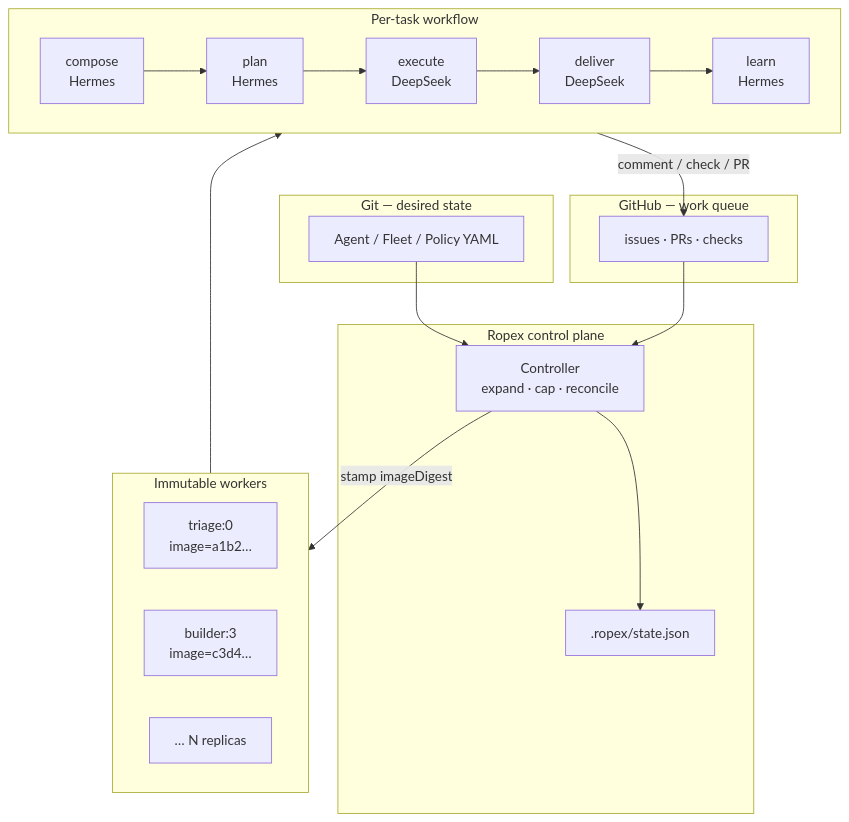
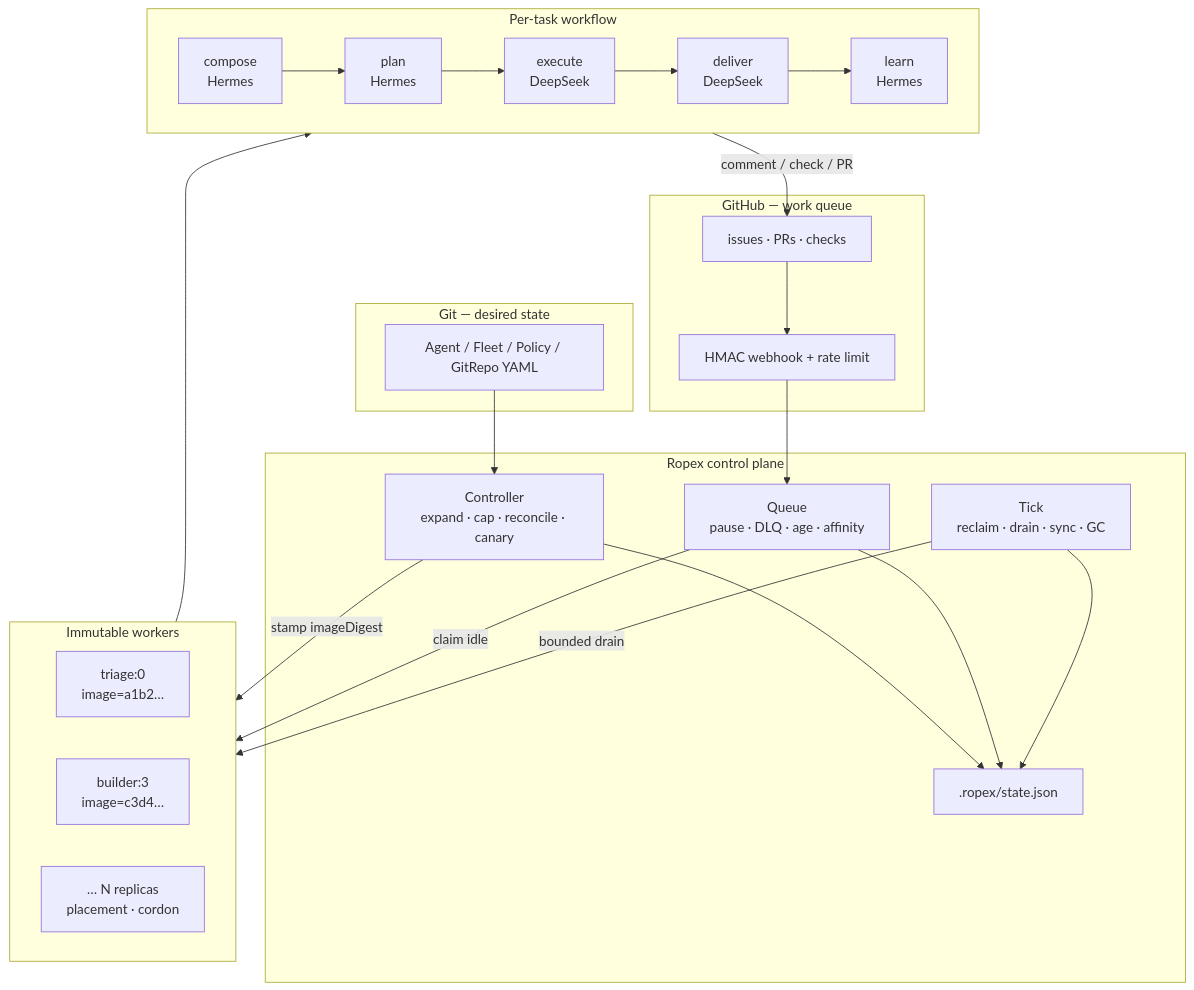
Before and after one commit to amirsdream/ropex: the diagram in README.md, drawn with Mermaid. The commit also changed other lines of this file and 90 other files, not shown here.

````diff
--- a/README.md
+++ b/README.md
@@ -21,36 +21,43 @@
 ```mermaid
 flowchart TB
   subgraph git["Git — desired state"]
-    M["Agent / Fleet / Policy YAML"]
+    M["Agent / Fleet / Policy / GitRepo YAML"]
   end
 
   subgraph gh["GitHub — work queue"]
     E["issues · PRs · checks"]
+    WH["HMAC webhook + rate limit"]
   end
 
   subgraph cp["Ropex control plane"]
-    C["Controller\nexpand · cap · reconcile"]
+    C["Controller\nexpand · cap · reconcile · canary"]
+    Q["Queue\npause · DLQ · age · affinity"]
+    T["Tick\nreclaim · drain · sync · GC"]
     S[".ropex/state.json"]
     C --> S
+    Q --> S
+    T --> S
   end
 
   subgraph workers["Immutable workers"]
     W1["triage:0\nimage=a1b2…"]
     W2["builder:3\nimage=c3d4…"]
-    W3["… N replicas"]
+    W3["… N replicas\nplacement · cordon"]
   end
 
   subgraph wf["Per-task workflow"]
     direction LR
     H1["compose\nHermes"] --> H2["plan\nHermes"]
     H2 --> D1["execute\nDeepSeek"]
     D1 --> D2["deliver\nDeepSeek"]
     D2 --> H3["learn\nHermes"]
   end
 
   M --> C
-  E --> C
+  E --> WH --> Q
   C -->|"stamp imageDigest"| workers
+  Q -->|"claim idle"| workers
+  T -->|"bounded drain"| workers
   workers --> wf
   wf -->|"comment / check / PR"| E
 ```
````
